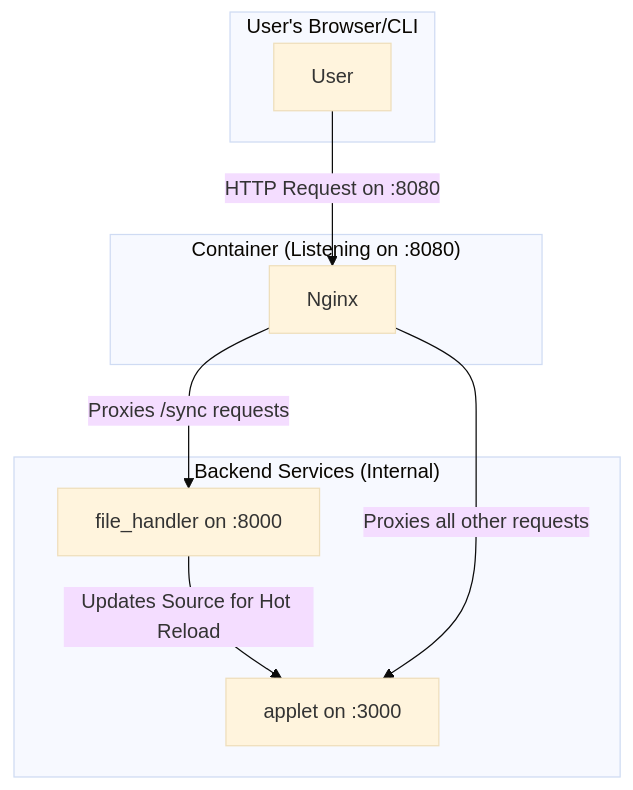
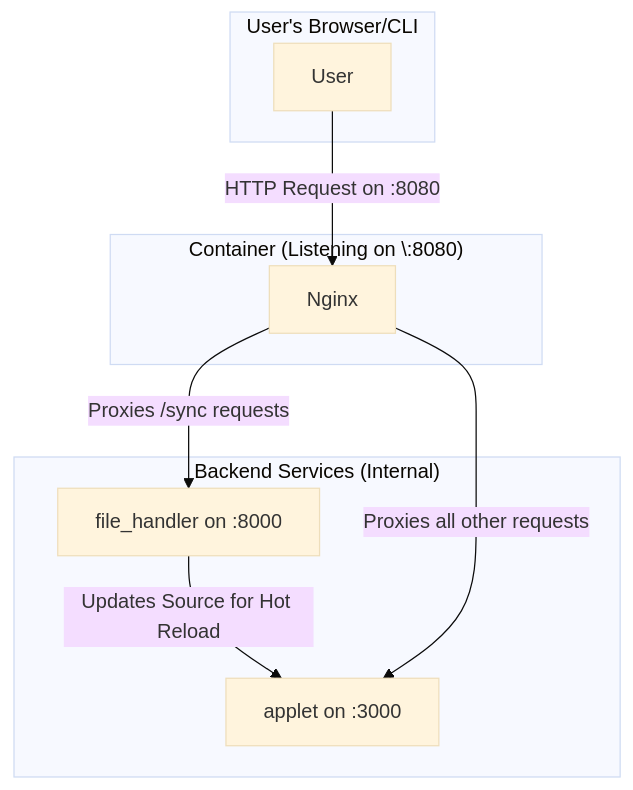
Before and after one commit to smsohan/cloud-run-hot-reload: the diagram in README.md, drawn with Mermaid (base theme).

Commit message:
another diagram fix

````diff
--- a/README.md
+++ b/README.md
@@ -3,20 +3,20 @@
 ```mermaid
 graph TD
     subgraph "User's Browser/CLI"
         A[User]
     end
 
-    subgraph "Container (Listening on :8080)"
+    subgraph "Container (Listening on \:8080)"
         B[Nginx]
     end
 
     subgraph "Backend Services (Internal)"
         C[file_handler on :8000]
         D[applet on :3000]
         C -- Updates Source for Hot Reload--> D
     end
 
     A -- "HTTP Request on :8080" --> B
     B -- "Proxies /sync requests" --> C
     B -- "Proxies all other requests" --> D
 ```
````
